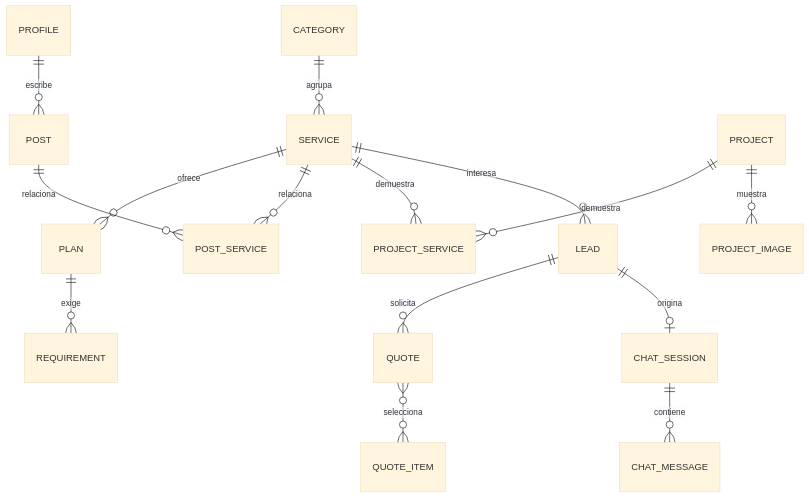
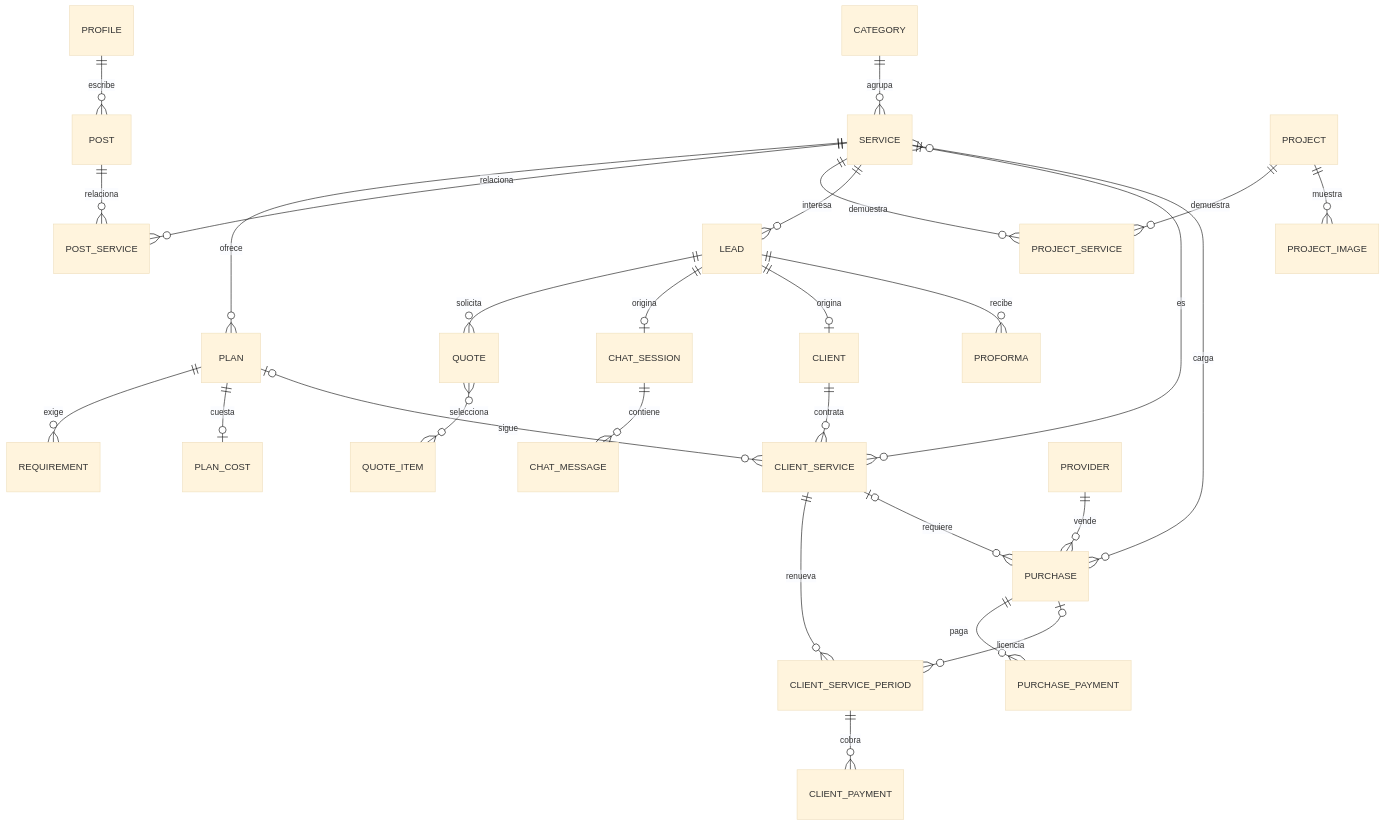
Before and after one commit to ma74ni/siete8: the fifth of 5 diagrams in docs/SRS.md, drawn with Mermaid (base theme). The commit also changed other lines of this file and 26 other files, not shown here.

````diff
--- a/docs/SRS.md
+++ b/docs/SRS.md
@@ -396,17 +441,30 @@
 ```mermaid
 erDiagram
     CATEGORY ||--o{ SERVICE : agrupa
     SERVICE ||--o{ PLAN : ofrece
     PLAN ||--o{ REQUIREMENT : exige
     SERVICE ||--o{ POST_SERVICE : relaciona
     POST ||--o{ POST_SERVICE : relaciona
     SERVICE ||--o{ PROJECT_SERVICE : demuestra
     PROJECT ||--o{ PROJECT_SERVICE : demuestra
     PROJECT ||--o{ PROJECT_IMAGE : muestra
     SERVICE ||--o{ LEAD : interesa
     LEAD ||--o{ QUOTE : solicita
     QUOTE }o--o{ QUOTE_ITEM : selecciona
     LEAD ||--o| CHAT_SESSION : origina
     CHAT_SESSION ||--o{ CHAT_MESSAGE : contiene
     PROFILE ||--o{ POST : escribe
+    PLAN ||--o| PLAN_COST : cuesta
+    LEAD ||--o| CLIENT : origina
+    CLIENT ||--o{ CLIENT_SERVICE : contrata
+    SERVICE ||--o{ CLIENT_SERVICE : es
+    PLAN |o--o{ CLIENT_SERVICE : sigue
+    CLIENT_SERVICE ||--o{ CLIENT_SERVICE_PERIOD : renueva
+    CLIENT_SERVICE_PERIOD ||--o{ CLIENT_PAYMENT : cobra
+    PROVIDER ||--o{ PURCHASE : vende
+    PURCHASE ||--o{ PURCHASE_PAYMENT : paga
+    PURCHASE }o--o{ SERVICE : carga
+    CLIENT_SERVICE |o--o{ PURCHASE : requiere
+    PURCHASE |o--o{ CLIENT_SERVICE_PERIOD : licencia
+    LEAD ||--o{ PROFORMA : recibe
 ```
````
